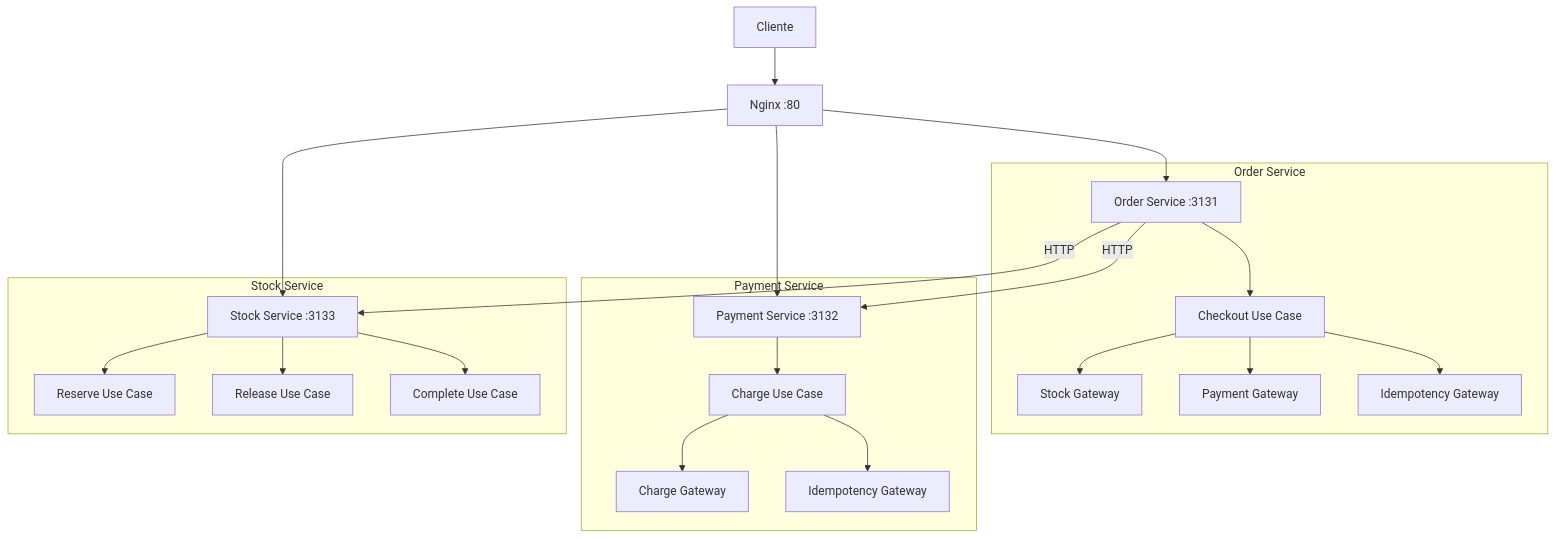
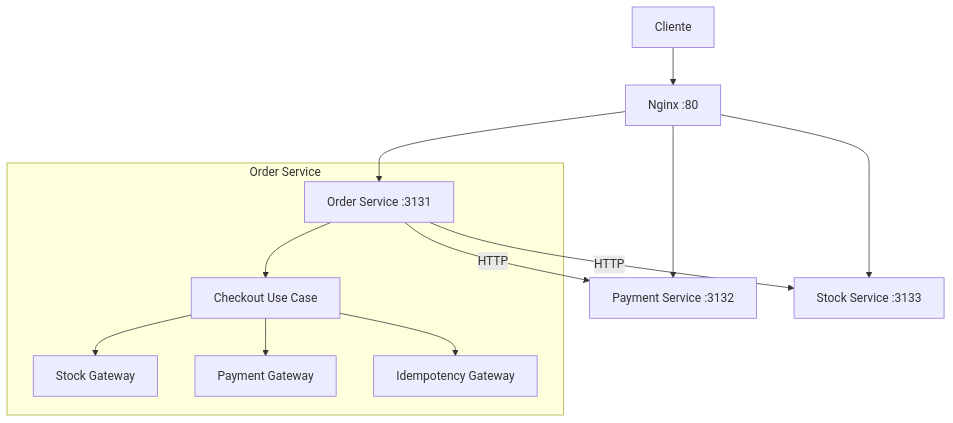
The diagram in README.md (giovaniif/e-commerce), drawn with Mermaid before and after one commit. The commit also changed other lines of this file and 1 other file, not shown here.

````diff
--- a/README.md
+++ b/README.md
@@ -21,29 +9,15 @@
 ```mermaid
 graph TB
     Client[Cliente] --> Nginx[Nginx :80]
     Nginx --> Order[Order Service :3131]
     Nginx --> Payment[Payment Service :3132]
     Nginx --> Stock[Stock Service :3133]
-    
     Order -->|HTTP| Stock
     Order -->|HTTP| Payment
-    
     subgraph "Order Service"
         Order --> Checkout[Checkout Use Case]
         Checkout --> StockGW[Stock Gateway]
         Checkout --> PaymentGW[Payment Gateway]
         Checkout --> IdempotencyGW[Idempotency Gateway]
     end
-    
-    subgraph "Payment Service"
-        Payment --> Charge[Charge Use Case]
-        Charge --> ChargeGW[Charge Gateway]
-        Charge --> PaymentIdempotency[Idempotency Gateway]
-    end
-    
-    subgraph "Stock Service"
-        Stock --> Reserve[Reserve Use Case]
-        Stock --> Release[Release Use Case]
-        Stock --> Complete[Complete Use Case]
-    end
 ```
````
